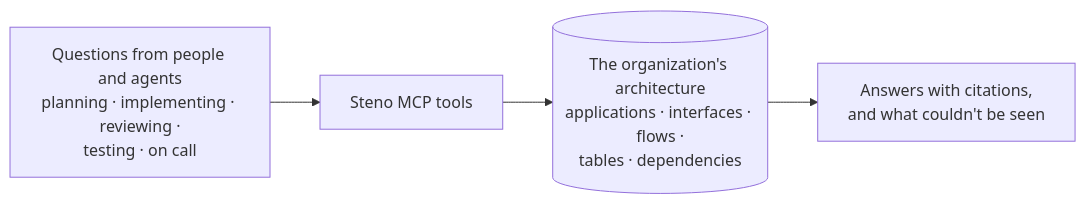
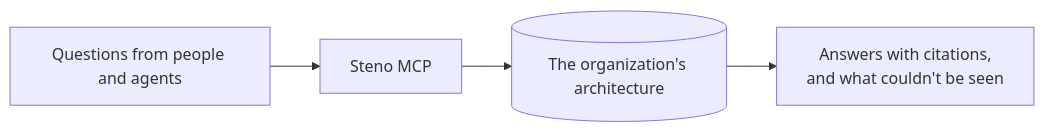
The diagram in docs/purpose/README.md (KBavis/steno), drawn with Mermaid before and after one commit. The commit also changed other lines of this file and 35 other files, not shown here.

First line of the commit message:
docs: simplify the docs and record D150 (flows-first routing)

````diff
--- a/docs/purpose/README.md
+++ b/docs/purpose/README.md
@@ -12,6 +11,6 @@
 ```mermaid
 flowchart LR
-    Q["Questions from people and agents<br/>planning · implementing · reviewing ·<br/>testing · on call"] --> M["Steno MCP tools"]
-    M --> G[("The organization's architecture<br/>applications · interfaces · flows ·<br/>tables · dependencies")]
+    Q["Questions from people and agents"] --> M["Steno MCP"]
+    M --> G[("The organization's architecture")]
     G --> A["Answers with citations,<br/>and what couldn't be seen"]
 ```
````
